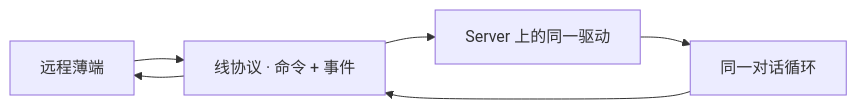
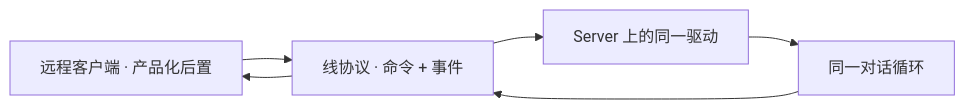
The diagram in docs/architecture/远程体验与线协议.md (StrayDragon/xylitol), drawn with Mermaid before and after one commit. The commit also changed other lines of this file and 31 other files, not shown here.

````diff
--- a/docs/architecture/远程体验与线协议.md
+++ b/docs/architecture/远程体验与线协议.md
@@ -16,8 +18,8 @@
 ```mermaid
 flowchart LR
-  Thin["远程薄端"] --> Wire["线协议 · 命令 + 事件"]
+  Client["远程客户端 · 产品化后置"] --> Wire["线协议 · 命令 + 事件"]
   Wire --> Server["Server 上的同一驱动"]
   Server --> Loop["同一对话循环"]
   Loop --> Wire
-  Wire --> Thin
+  Wire --> Client
 ```
````
